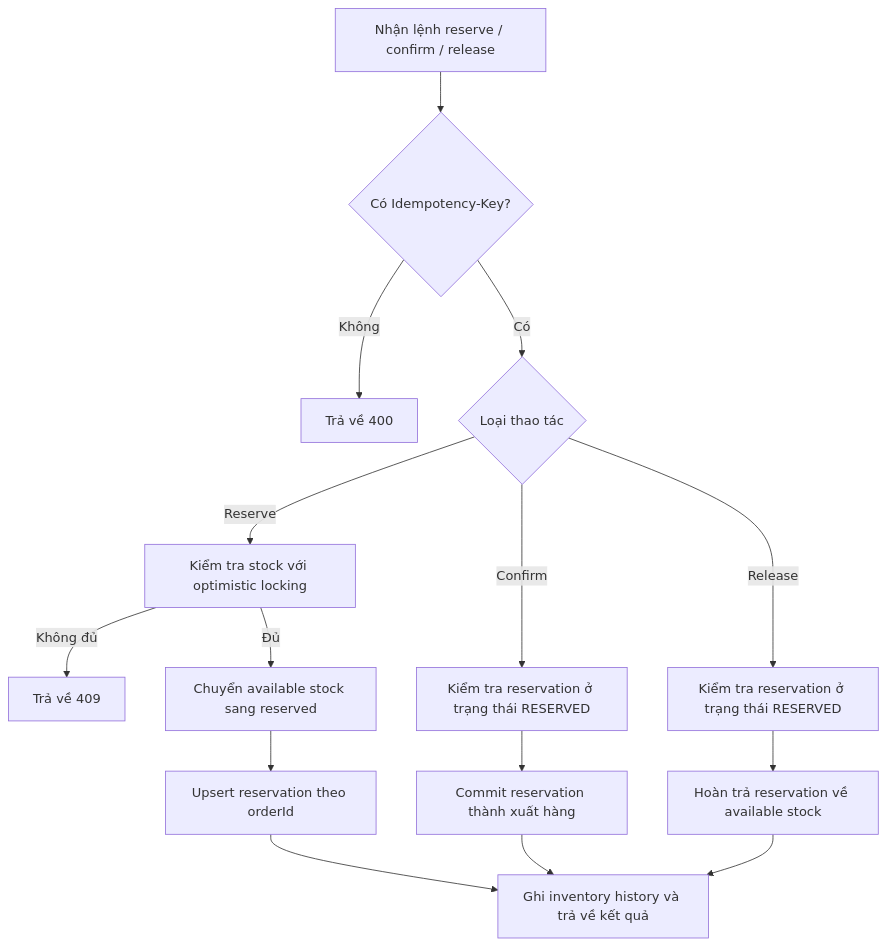
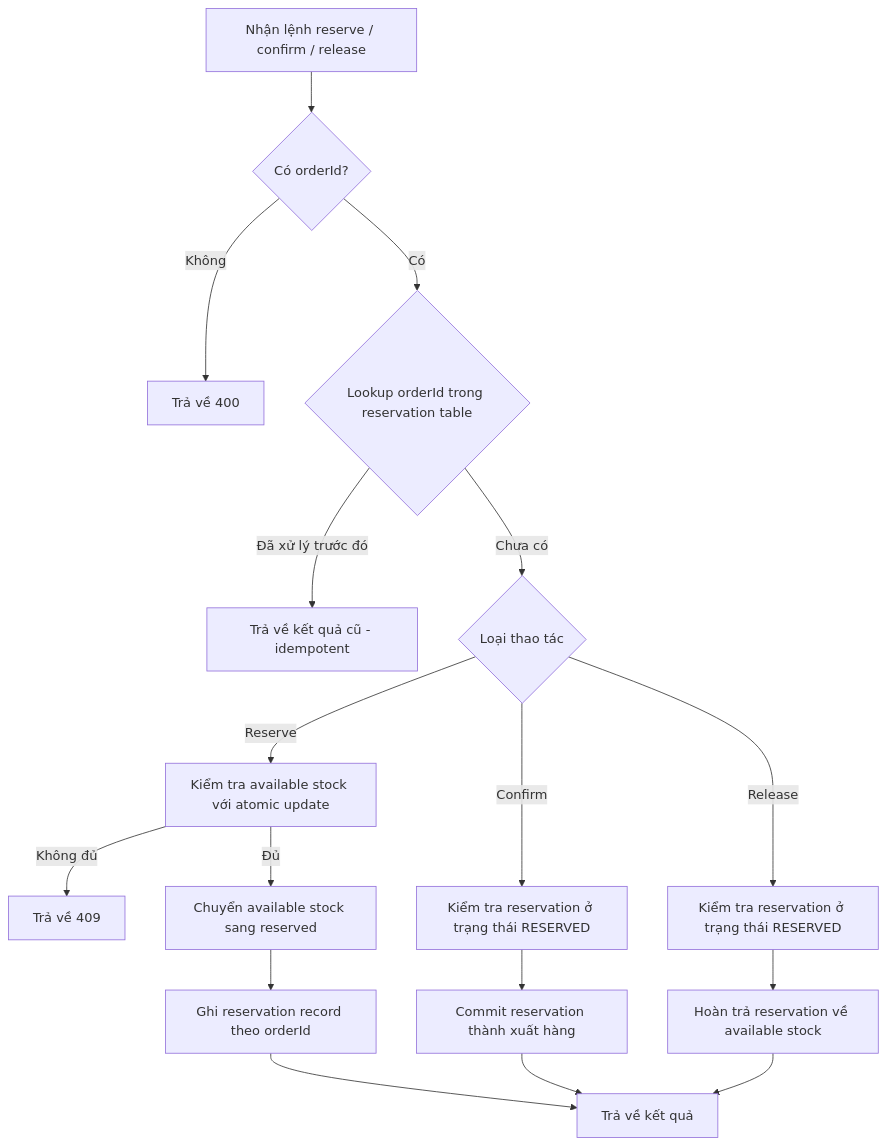
One commit to baosatboiz/asd changed the sixth of 7 diagrams in analysis-and-design-ddd.md. Above: the diagram before and after it, drawn with Mermaid. The commit also changed other lines of this file, not shown here.

````diff
--- a/analysis-and-design-ddd.md
+++ b/analysis-and-design-ddd.md
@@ -320,21 +312,23 @@
 ```mermaid
 flowchart TD
-    A[Nhận lệnh reserve / confirm / release] --> B{Có Idempotency-Key?}
+    A[Nhận lệnh reserve / confirm / release] --> B{Có orderId?}
     B -->|Không| C[Trả về 400]
-    B -->|Có| D{Loại thao tác}
+    B -->|Có| D{Lookup orderId trong reservation table}
+    D -->|Đã xử lý trước đó| E[Trả về kết quả cũ - idempotent]
+    D -->|Chưa có| F{Loại thao tác}
 
-    D -->|Reserve| E[Kiểm tra stock với optimistic locking]
-    E -->|Không đủ| F[Trả về 409]
-    E -->|Đủ| G[Chuyển available stock sang reserved]
-    G --> H[Upsert reservation theo orderId]
+    F -->|Reserve| G[Kiểm tra available stock với atomic update]
+    G -->|Không đủ| H[Trả về 409]
+    G -->|Đủ| I[Chuyển available stock sang reserved]
+    I --> J[Ghi reservation record theo orderId]
 
-    D -->|Confirm| I[Kiểm tra reservation ở trạng thái RESERVED]
-    I --> J[Commit reservation thành xuất hàng]
+    F -->|Confirm| K[Kiểm tra reservation ở trạng thái RESERVED]
+    K --> L[Commit reservation thành xuất hàng]
 
-    D -->|Release| K[Kiểm tra reservation ở trạng thái RESERVED]
-    K --> L[Hoàn trả reservation về available stock]
+    F -->|Release| M[Kiểm tra reservation ở trạng thái RESERVED]
+    M --> N[Hoàn trả reservation về available stock]
 
-    H --> M[Ghi inventory history và trả về kết quả]
-    J --> M
-    L --> M
+    J --> O[Trả về kết quả]
+    L --> O
+    N --> O
 ```
````
